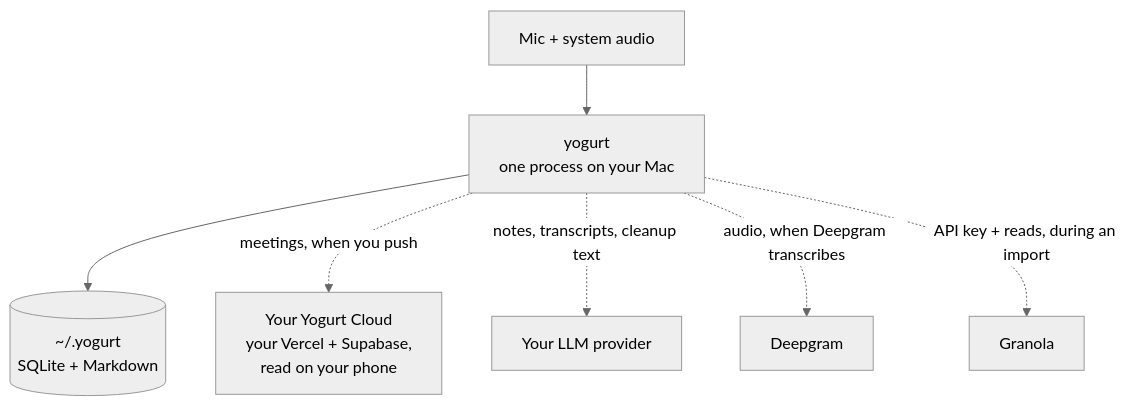
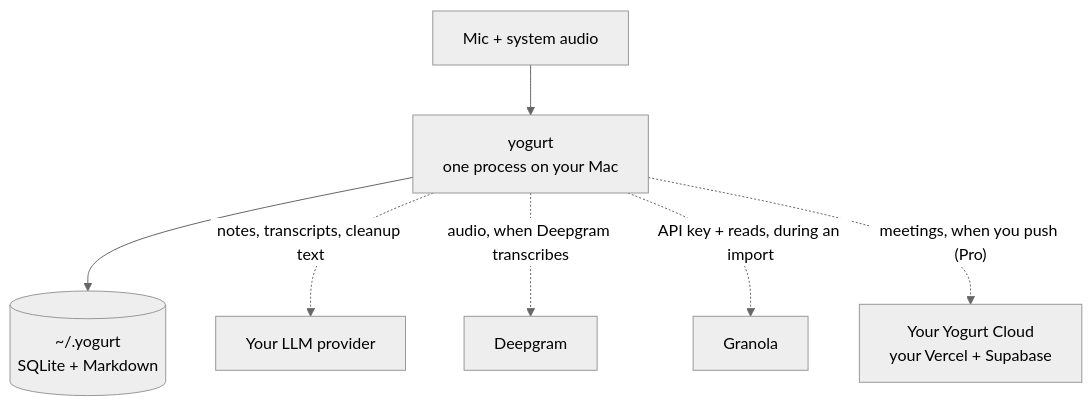
Before and after one commit to jarvisrchen/yogurt-open: the diagram in README.md, drawn with Mermaid (neutral theme). The commit also changed other lines of this file and 2 other files, not shown here.

````diff
--- a/README.md
+++ b/README.md
@@ -284,9 +243,9 @@
 ```mermaid
 flowchart TB
   mic["Mic + system audio"] --> y["yogurt<br/>one process on your Mac"]
   y --> disk[("~/.yogurt<br/>SQLite + Markdown")]
-  y -. "meetings, when you push" .-> cloud["Your Yogurt Cloud<br/>your Vercel + Supabase,<br/>read on your phone"]
   y -. "notes, transcripts, cleanup text" .-> llm["Your LLM provider"]
   y -. "audio, when Deepgram transcribes" .-> dg["Deepgram"]
   y -. "API key + reads, during an import" .-> gr["Granola"]
+  y -. "meetings, when you push (Pro)" .-> cloud["Your Yogurt Cloud<br/>your Vercel + Supabase"]
 ```
````
